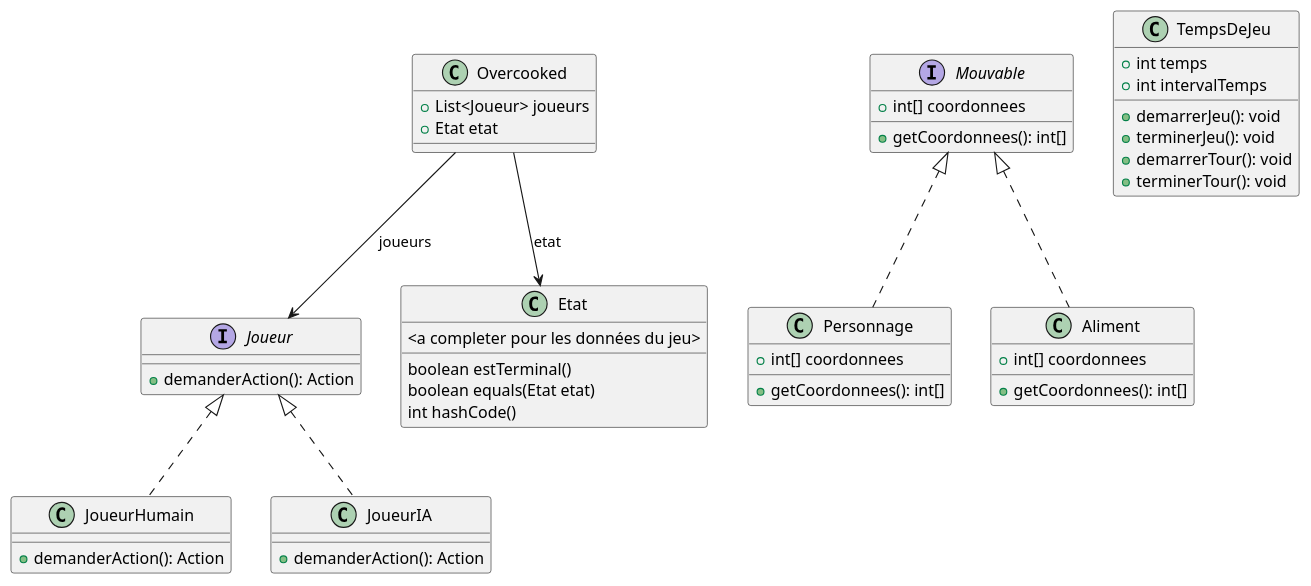
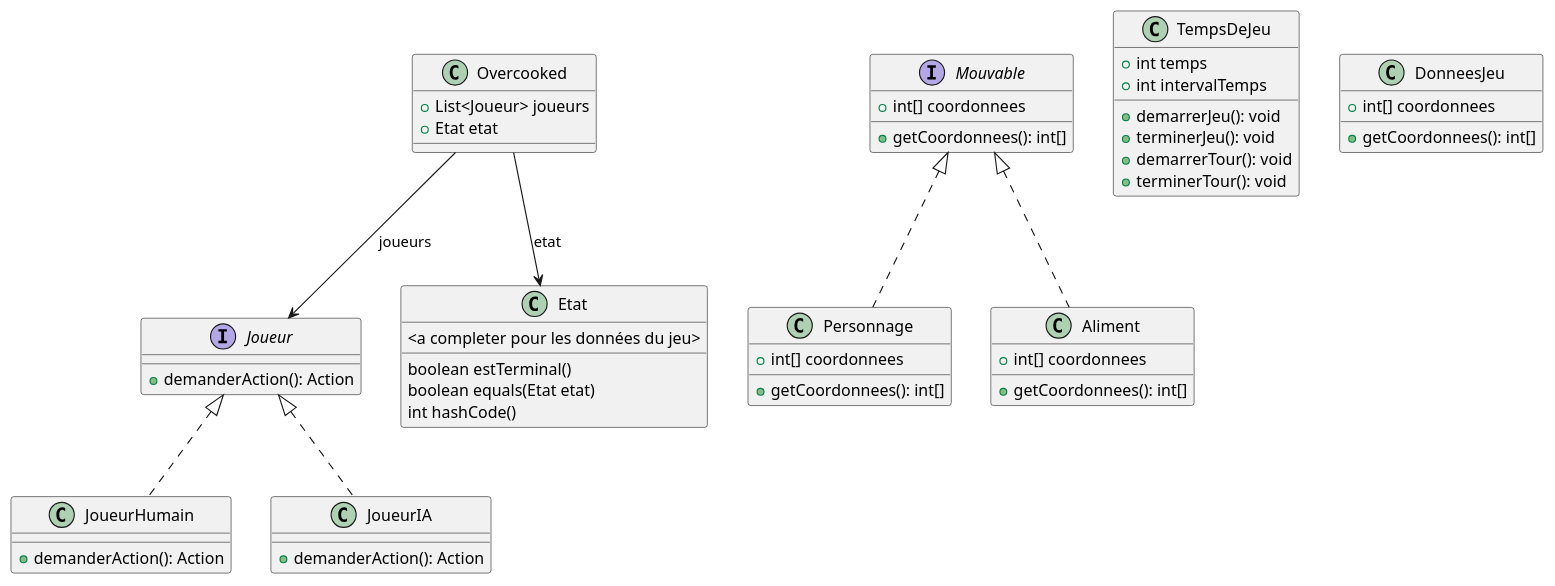
The diagram in assets/DiagClassNonIA.puml (ThomasRbn/PTUT_BERNARD_ROBINEAU_ROUYER_RUSSO), drawn with PlantUML before and after one commit. The commit also changed 1 other file, not shown here.

Commit message:
Ajout de la classe donneesJeu dans DiagClassNonIA.puml et mise à jour des incohérences dans DiagClassIA.puml

```diff
--- a/assets/DiagClassNonIA.puml
+++ b/assets/DiagClassNonIA.puml
@@ -1,58 +1,62 @@
 @startuml
 'https://plantuml.com/class-diagram
 
 class Overcooked {
     + List<Joueur> joueurs
     + Etat etat
 }
 
 "Overcooked" --> "Joueur" : "joueurs"
 "Overcooked" --> "Etat" : "etat"
 
 interface Mouvable {
     + int[] coordonnees
     + getCoordonnees(): int[]
 }
 
 interface Joueur {
     + demanderAction(): Action
 }
 
 class JoueurHumain implements Joueur {
     + demanderAction(): Action
 }
 
 class JoueurIA implements Joueur {
     + demanderAction(): Action
 }
 
 class Personnage implements Mouvable {
     + int[] coordonnees
     + getCoordonnees(): int[]
 }
 
 class Aliment implements Mouvable {
     + int[] coordonnees
     + getCoordonnees(): int[]
 }
 
 class TempsDeJeu {
     + int temps
     + int intervalTemps
     + demarrerJeu(): void
     + terminerJeu(): void
     + demarrerTour(): void
     + terminerTour(): void
 }
 
 class Etat{
     <a completer pour les données du jeu>
     boolean estTerminal()
     boolean equals(Etat etat)
     int hashCode()
 }
 
+class DonneesJeu {
+    + int[] coordonnees
+    + getCoordonnees(): int[]
+}
 
 
 
 @enduml
```
